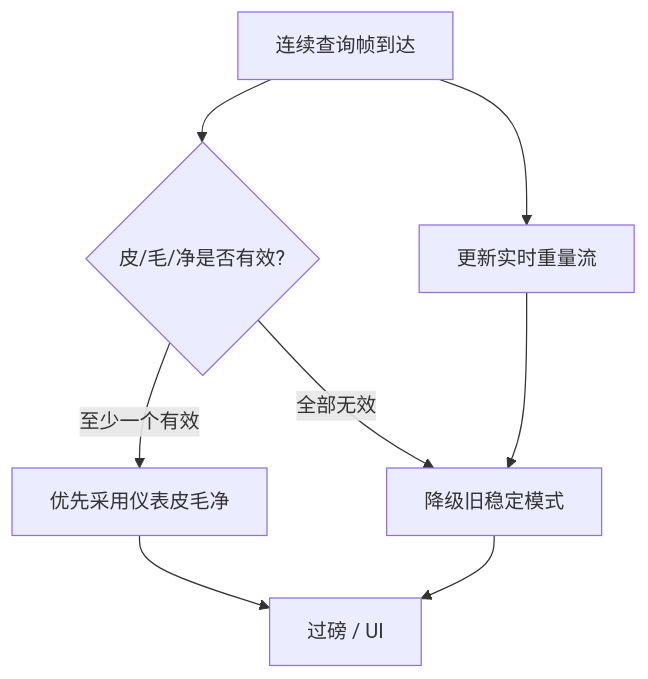
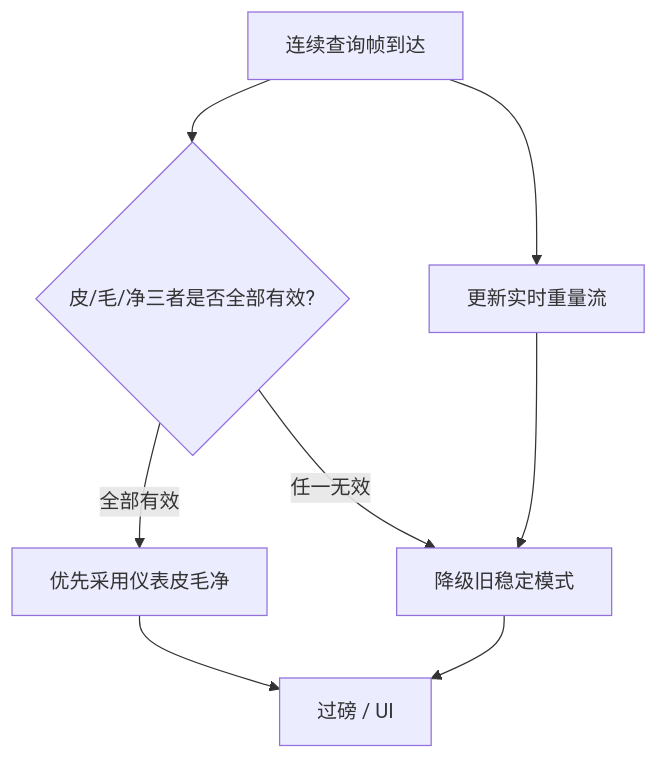
The diagram in docs/2026-09-15-truck-scale-transmission-format-refactor/06-耀华tf1与连续模式是否足够.md (feewillowherb/MaterialMonospec), drawn with Mermaid before and after one commit. The commit also changed other lines of this file and 10 other files, not shown here.

````diff
--- a/docs/2026-09-15-truck-scale-transmission-format-refactor/06-耀华tf1与连续模式是否足够.md
+++ b/docs/2026-09-15-truck-scale-transmission-format-refactor/06-耀华tf1与连续模式是否足够.md
@@ -245,10 +245,10 @@
 ```mermaid
 flowchart TD
   Frame[连续查询帧到达] --> Live[更新实时重量流]
-  Frame --> Comp{皮/毛/净是否有效?}
-  Comp -->|至少一个有效| Prefer[优先采用仪表皮毛净]
-  Comp -->|全部无效| Stable[降级旧稳定模式]
+  Frame --> Comp{皮/毛/净三者是否全部有效?}
+  Comp -->|全部有效| Prefer[优先采用仪表皮毛净]
+  Comp -->|任一无效| Stable[降级旧稳定模式]
   Live --> Stable
   Prefer --> Biz[过磅 / UI]
   Stable --> Biz
 ```
````
